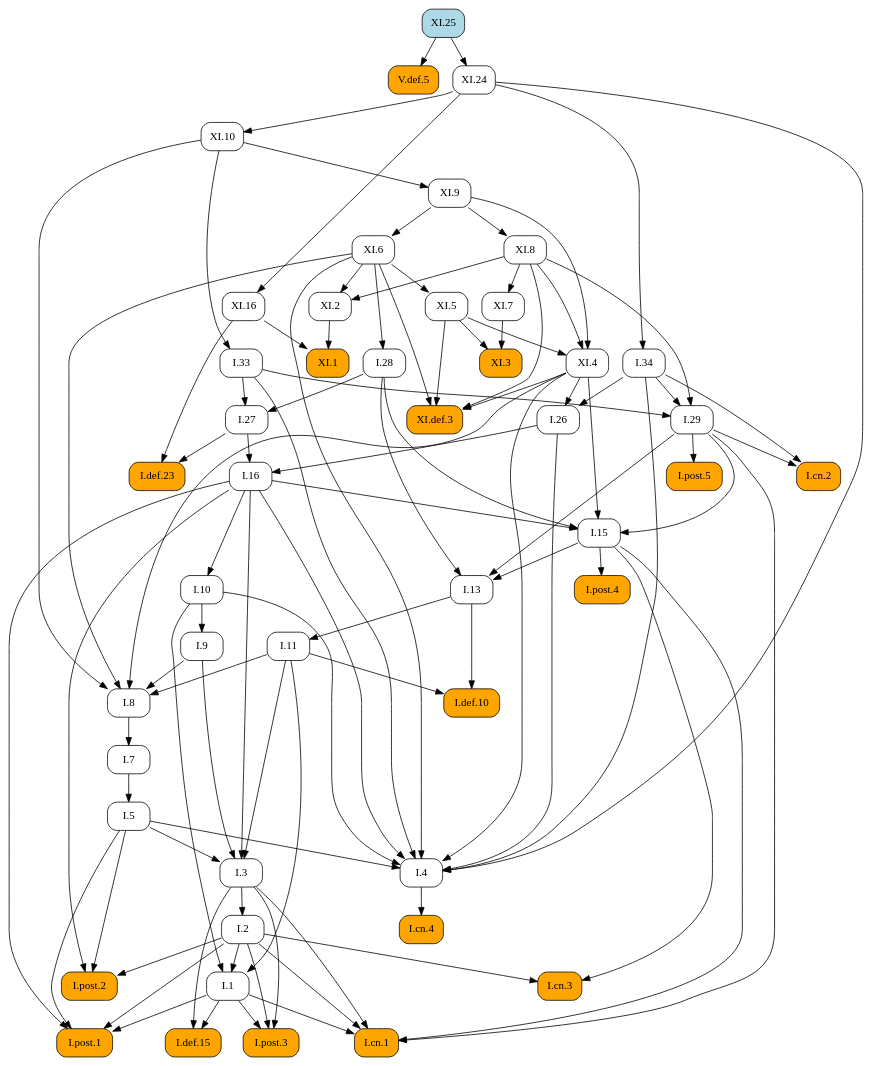
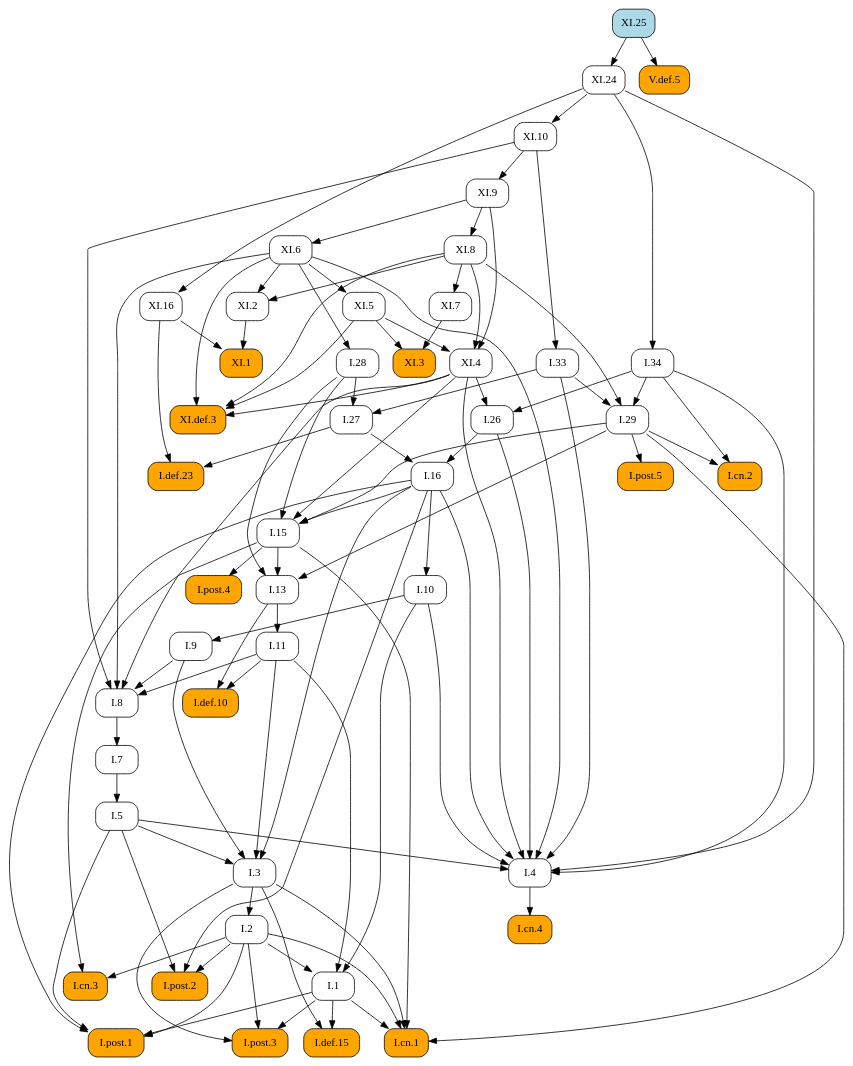
Before and after one commit to geometor/elements: the diagram in docsrc/heath/XI/25/index.rst, drawn with Graphviz. The commit also changed other lines of this file and 484 other files, not shown here.

```diff
--- a/docsrc/heath/XI/25/index.rst
+++ b/docsrc/heath/XI/25/index.rst
@@ -48,107 +48,100 @@
    digraph {
      rankdir="TB";
      node [shape=box, style=rounded];
+     "I.9" [URL="/heath/I/9/", target="_top"];
+     "I.33" [URL="/heath/I/33/", target="_top"];
+     "XI.4" [URL="/heath/XI/4/", target="_top"];
+     "I.def.15" [style="rounded,filled", fillcolor=orange, URL="/heath/I/def.15/", target="_top"];
+     "XI.8" [URL="/heath/XI/8/", target="_top"];
+     "XI.24" [URL="/heath/XI/24/", target="_top"];
+     "XI.6" [URL="/heath/XI/6/", target="_top"];
+     "I.post.3" [style="rounded,filled", fillcolor=orange, URL="/heath/I/post.3/", target="_top"];
+     "I.post.1" [style="rounded,filled", fillcolor=orange, URL="/heath/I/post.1/", target="_top"];
+     "V.def.5" [style="rounded,filled", fillcolor=orange, URL="/heath/V/def.5/", target="_top"];
+     "XI.3" [style="rounded,filled", fillcolor=orange, URL="/heath/XI/3/", target="_top"];
      "I.def.10" [style="rounded,filled", fillcolor=orange, URL="/heath/I/def.10/", target="_top"];
+     "XI.def.3" [style="rounded,filled", fillcolor=orange, URL="/heath/XI/def.3/", target="_top"];
+     "XI.10" [URL="/heath/XI/10/", target="_top"];
+     "I.27" [URL="/heath/I/27/", target="_top"];
+     "I.34" [URL="/heath/I/34/", target="_top"];
+     "XI.2" [URL="/heath/XI/2/", target="_top"];
+     "I.3" [URL="/heath/I/3/", target="_top"];
+     "XI.7" [URL="/heath/XI/7/", target="_top"];
+     "I.cn.1" [style="rounded,filled", fillcolor=orange, URL="/heath/I/cn.1/", target="_top"];
+     "I.7" [URL="/heath/I/7/", target="_top"];
+     "I.2" [URL="/heath/I/2/", target="_top"];
+     "I.13" [URL="/heath/I/13/", target="_top"];
+     "I.post.4" [style="rounded,filled", fillcolor=orange, URL="/heath/I/post.4/", target="_top"];
+     "I.4" [URL="/heath/I/4/", target="_top"];
+     "I.1" [URL="/heath/I/1/", target="_top"];
+     "XI.16" [URL="/heath/XI/16/", target="_top"];
+     "I.5" [URL="/heath/I/5/", target="_top"];
+     "I.8" [URL="/heath/I/8/", target="_top"];
+     "I.29" [URL="/heath/I/29/", target="_top"];
+     "I.cn.3" [style="rounded,filled", fillcolor=orange, URL="/heath/I/cn.3/", target="_top"];
+     "XI.5" [URL="/heath/XI/5/", target="_top"];
+     "I.16" [URL="/heath/I/16/", target="_top"];
+     "I.15" [URL="/heath/I/15/", target="_top"];
+     "I.10" [URL="/heath/I/10/", target="_top"];
      "I.11" [URL="/heath/I/11/", target="_top"];
-     "I.post.4" [style="rounded,filled", fillcolor=orange, URL="/heath/I/post.4/", target="_top"];
-     "XI.def.3" [style="rounded,filled", fillcolor=orange, URL="/heath/XI/def.3/", target="_top"];
+     "I.def.23" [style="rounded,filled", fillcolor=orange, URL="/heath/I/def.23/", target="_top"];
+     "XI.9" [URL="/heath/XI/9/", target="_top"];
+     "I.cn.2" [style="rounded,filled", fillcolor=orange, URL="/heath/I/cn.2/", target="_top"];
+     "I.post.5" [style="rounded,filled", fillcolor=orange, URL="/heath/I/post.5/", target="_top"];
      "I.28" [URL="/heath/I/28/", target="_top"];
-     "I.1" [URL="/heath/I/1/", target="_top"];
+     "I.cn.4" [style="rounded,filled", fillcolor=orange, URL="/heath/I/cn.4/", target="_top"];
+     "XI.1" [style="rounded,filled", fillcolor=orange, URL="/heath/XI/1/", target="_top"];
+     "I.post.2" [style="rounded,filled", fillcolor=orange, URL="/heath/I/post.2/", target="_top"];
      "I.26" [URL="/heath/I/26/", target="_top"];
-     "XI.7" [URL="/heath/XI/7/", target="_top"];
-     "V.def.5" [style="rounded,filled", fillcolor=orange, URL="/heath/V/def.5/", target="_top"];
-     "I.29" [URL="/heath/I/29/", target="_top"];
-     "I.cn.2" [style="rounded,filled", fillcolor=orange, URL="/heath/I/cn.2/", target="_top"];
-     "XI.9" [URL="/heath/XI/9/", target="_top"];
-     "XI.8" [URL="/heath/XI/8/", target="_top"];
-     "I.def.15" [style="rounded,filled", fillcolor=orange, URL="/heath/I/def.15/", target="_top"];
-     "I.post.3" [style="rounded,filled", fillcolor=orange, URL="/heath/I/post.3/", target="_top"];
-     "XI.5" [URL="/heath/XI/5/", target="_top"];
-     "XI.1" [style="rounded,filled", fillcolor=orange, URL="/heath/XI/1/", target="_top"];
-     "I.cn.1" [style="rounded,filled", fillcolor=orange, URL="/heath/I/cn.1/", target="_top"];
-     "I.cn.3" [style="rounded,filled", fillcolor=orange, URL="/heath/I/cn.3/", target="_top"];
-     "XI.2" [URL="/heath/XI/2/", target="_top"];
      "XI.25" [style="rounded,filled", fillcolor=lightblue, URL="/heath/XI/25/", target="_top"];
-     "I.post.1" [style="rounded,filled", fillcolor=orange, URL="/heath/I/post.1/", target="_top"];
-     "XI.6" [URL="/heath/XI/6/", target="_top"];
-     "XI.16" [URL="/heath/XI/16/", target="_top"];
-     "I.27" [URL="/heath/I/27/", target="_top"];
-     "I.7" [URL="/heath/I/7/", target="_top"];
-     "I.34" [URL="/heath/I/34/", target="_top"];
-     "I.3" [URL="/heath/I/3/", target="_top"];
-     "I.2" [URL="/heath/I/2/", target="_top"];
-     "I.4" [URL="/heath/I/4/", target="_top"];
-     "I.def.23" [style="rounded,filled", fillcolor=orange, URL="/heath/I/def.23/", target="_top"];
-     "I.13" [URL="/heath/I/13/", target="_top"];
-     "I.33" [URL="/heath/I/33/", target="_top"];
-     "I.5" [URL="/heath/I/5/", target="_top"];
-     "I.post.2" [style="rounded,filled", fillcolor=orange, URL="/heath/I/post.2/", target="_top"];
-     "I.16" [URL="/heath/I/16/", target="_top"];
-     "I.9" [URL="/heath/I/9/", target="_top"];
-     "I.8" [URL="/heath/I/8/", target="_top"];
-     "I.cn.4" [style="rounded,filled", fillcolor=orange, URL="/heath/I/cn.4/", target="_top"];
-     "I.15" [URL="/heath/I/15/", target="_top"];
-     "XI.4" [URL="/heath/XI/4/", target="_top"];
-     "XI.24" [URL="/heath/XI/24/", target="_top"];
-     "I.post.5" [style="rounded,filled", fillcolor=orange, URL="/heath/I/post.5/", target="_top"];
-     "I.10" [URL="/heath/I/10/", target="_top"];
-     "XI.10" [URL="/heath/XI/10/", target="_top"];
-     "XI.3" [style="rounded,filled", fillcolor=orange, URL="/heath/XI/3/", target="_top"];
+     "I.10" -> "I.9";
+     "XI.10" -> "I.33";
+     "XI.5" -> "XI.4";
+     "XI.8" -> "XI.4";
+     "XI.9" -> "XI.4";
+     "I.1" -> "I.def.15";
+     "I.3" -> "I.def.15";
+     "XI.9" -> "XI.8";
+     "XI.25" -> "XI.24";
+     "XI.9" -> "XI.6";
+     "I.1" -> "I.post.3";
+     "I.2" -> "I.post.3";
+     "I.3" -> "I.post.3";
+     "I.1" -> "I.post.1";
+     "I.2" -> "I.post.1";
+     "I.5" -> "I.post.1";
+     "I.16" -> "I.post.1";
+     "XI.25" -> "V.def.5";
+     "XI.5" -> "XI.3";
+     "XI.7" -> "XI.3";
      "I.11" -> "I.def.10";
      "I.13" -> "I.def.10";
-     "I.13" -> "I.11";
-     "I.15" -> "I.post.4";
      "XI.4" -> "XI.def.3";
      "XI.5" -> "XI.def.3";
      "XI.6" -> "XI.def.3";
      "XI.8" -> "XI.def.3";
-     "XI.6" -> "I.28";
-     "I.2" -> "I.1";
-     "I.10" -> "I.1";
-     "I.11" -> "I.1";
-     "I.34" -> "I.26";
-     "XI.4" -> "I.26";
+     "XI.24" -> "XI.10";
+     "I.28" -> "I.27";
+     "I.33" -> "I.27";
+     "XI.24" -> "I.34";
+     "XI.6" -> "XI.2";
+     "XI.8" -> "XI.2";
+     "I.5" -> "I.3";
+     "I.9" -> "I.3";
+     "I.11" -> "I.3";
+     "I.16" -> "I.3";
      "XI.8" -> "XI.7";
-     "XI.25" -> "V.def.5";
-     "I.33" -> "I.29";
-     "I.34" -> "I.29";
-     "XI.8" -> "I.29";
-     "I.29" -> "I.cn.2";
-     "I.34" -> "I.cn.2";
-     "XI.10" -> "XI.9";
-     "XI.9" -> "XI.8";
-     "I.1" -> "I.def.15";
-     "I.3" -> "I.def.15";
-     "I.1" -> "I.post.3";
-     "I.2" -> "I.post.3";
-     "I.3" -> "I.post.3";
-     "XI.6" -> "XI.5";
-     "XI.2" -> "XI.1";
-     "XI.16" -> "XI.1";
      "I.1" -> "I.cn.1";
      "I.2" -> "I.cn.1";
      "I.3" -> "I.cn.1";
      "I.15" -> "I.cn.1";
      "I.29" -> "I.cn.1";
-     "I.2" -> "I.cn.3";
-     "I.15" -> "I.cn.3";
-     "XI.6" -> "XI.2";
-     "XI.8" -> "XI.2";
-     "I.1" -> "I.post.1";
-     "I.2" -> "I.post.1";
-     "I.5" -> "I.post.1";
-     "I.16" -> "I.post.1";
-     "XI.9" -> "XI.6";
-     "XI.24" -> "XI.16";
-     "I.28" -> "I.27";
-     "I.33" -> "I.27";
      "I.8" -> "I.7";
-     "XI.24" -> "I.34";
-     "I.5" -> "I.3";
-     "I.9" -> "I.3";
-     "I.11" -> "I.3";
-     "I.16" -> "I.3";
      "I.3" -> "I.2";
+     "I.15" -> "I.13";
+     "I.28" -> "I.13";
+     "I.29" -> "I.13";
+     "I.15" -> "I.post.4";
      "I.5" -> "I.4";
      "I.10" -> "I.4";
      "I.16" -> "I.4";
@@ -158,36 +151,43 @@
      "XI.4" -> "I.4";
      "XI.6" -> "I.4";
      "XI.24" -> "I.4";
-     "I.27" -> "I.def.23";
-     "XI.16" -> "I.def.23";
-     "I.15" -> "I.13";
-     "I.28" -> "I.13";
-     "I.29" -> "I.13";
-     "XI.10" -> "I.33";
+     "I.2" -> "I.1";
+     "I.10" -> "I.1";
+     "I.11" -> "I.1";
+     "XI.24" -> "XI.16";
      "I.7" -> "I.5";
-     "I.2" -> "I.post.2";
-     "I.5" -> "I.post.2";
-     "I.16" -> "I.post.2";
-     "I.26" -> "I.16";
-     "I.27" -> "I.16";
-     "I.10" -> "I.9";
      "I.9" -> "I.8";
      "I.11" -> "I.8";
      "XI.4" -> "I.8";
      "XI.6" -> "I.8";
      "XI.10" -> "I.8";
-     "I.4" -> "I.cn.4";
+     "I.33" -> "I.29";
+     "I.34" -> "I.29";
+     "XI.8" -> "I.29";
+     "I.2" -> "I.cn.3";
+     "I.15" -> "I.cn.3";
+     "XI.6" -> "XI.5";
+     "I.26" -> "I.16";
+     "I.27" -> "I.16";
      "I.16" -> "I.15";
      "I.28" -> "I.15";
      "I.29" -> "I.15";
      "XI.4" -> "I.15";
-     "XI.5" -> "XI.4";
-     "XI.8" -> "XI.4";
-     "XI.9" -> "XI.4";
-     "XI.25" -> "XI.24";
+     "I.16" -> "I.10";
+     "I.13" -> "I.11";
+     "I.27" -> "I.def.23";
+     "XI.16" -> "I.def.23";
+     "XI.10" -> "XI.9";
+     "I.29" -> "I.cn.2";
+     "I.34" -> "I.cn.2";
      "I.29" -> "I.post.5";
-     "I.16" -> "I.10";
-     "XI.24" -> "XI.10";
-     "XI.5" -> "XI.3";
-     "XI.7" -> "XI.3";
+     "XI.6" -> "I.28";
+     "I.4" -> "I.cn.4";
+     "XI.2" -> "XI.1";
+     "XI.16" -> "XI.1";
+     "I.2" -> "I.post.2";
+     "I.5" -> "I.post.2";
+     "I.16" -> "I.post.2";
+     "I.34" -> "I.26";
+     "XI.4" -> "I.26";
    }
```
